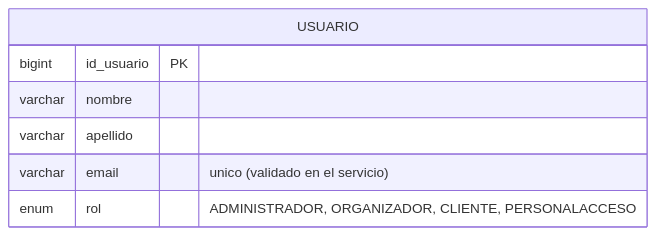
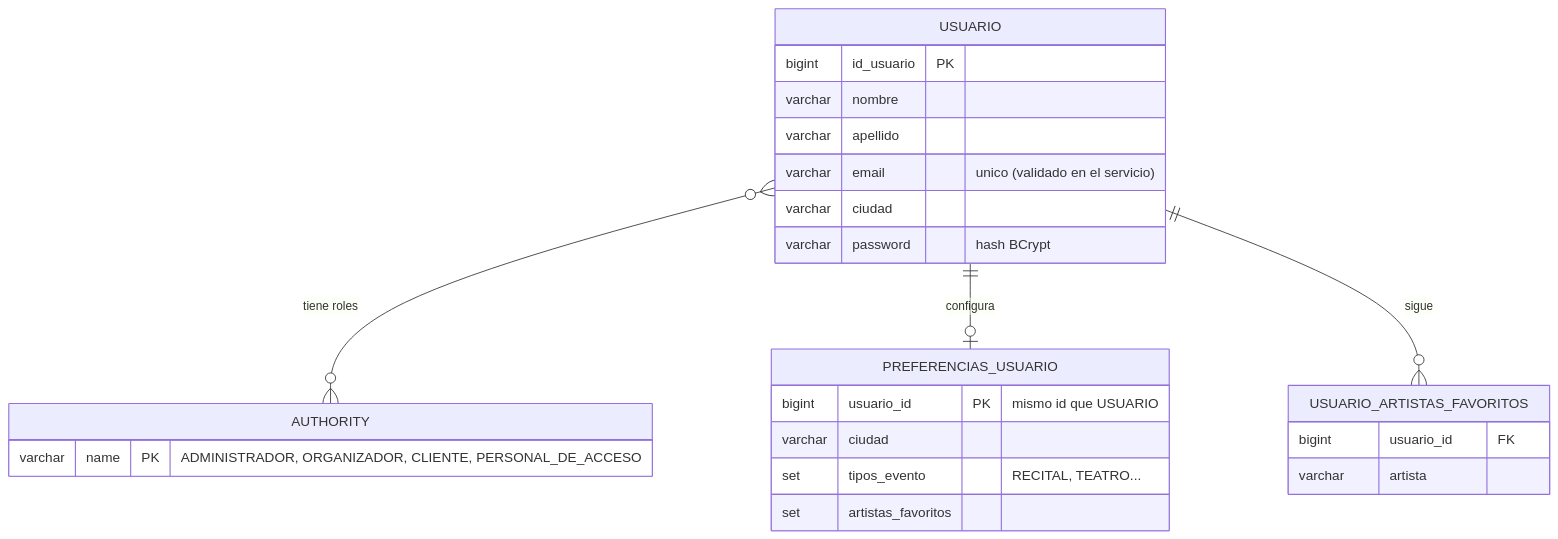
The second of 10 diagrams in SistemaTicketYa/docs/diagramas.md (gonsalomon/TPs-Arquitecturas-Web), drawn with Mermaid before and after one commit. The commit also changed other lines of this file and 41 other files, not shown here.

````diff
--- a/SistemaTicketYa/docs/diagramas.md
+++ b/SistemaTicketYa/docs/diagramas.md
@@ -105,10 +128,28 @@
 ```mermaid
 erDiagram
+    USUARIO }o--o{ AUTHORITY : "tiene roles"
+    USUARIO ||--o| PREFERENCIAS_USUARIO : "configura"
+    USUARIO ||--o{ USUARIO_ARTISTAS_FAVORITOS : "sigue"
+
     USUARIO {
         bigint id_usuario PK
         varchar nombre
         varchar apellido
         varchar email "unico (validado en el servicio)"
-        enum rol "ADMINISTRADOR, ORGANIZADOR, CLIENTE, PERSONALACCESO"
+        varchar ciudad
+        varchar password "hash BCrypt"
+    }
+    AUTHORITY {
+        varchar name PK "ADMINISTRADOR, ORGANIZADOR, CLIENTE, PERSONAL_DE_ACCESO"
+    }
+    PREFERENCIAS_USUARIO {
+        bigint usuario_id PK "mismo id que USUARIO"
+        varchar ciudad
+        set tipos_evento "RECITAL, TEATRO..."
+        set artistas_favoritos
+    }
+    USUARIO_ARTISTAS_FAVORITOS {
+        bigint usuario_id FK
+        varchar artista
     }
 ```
````
